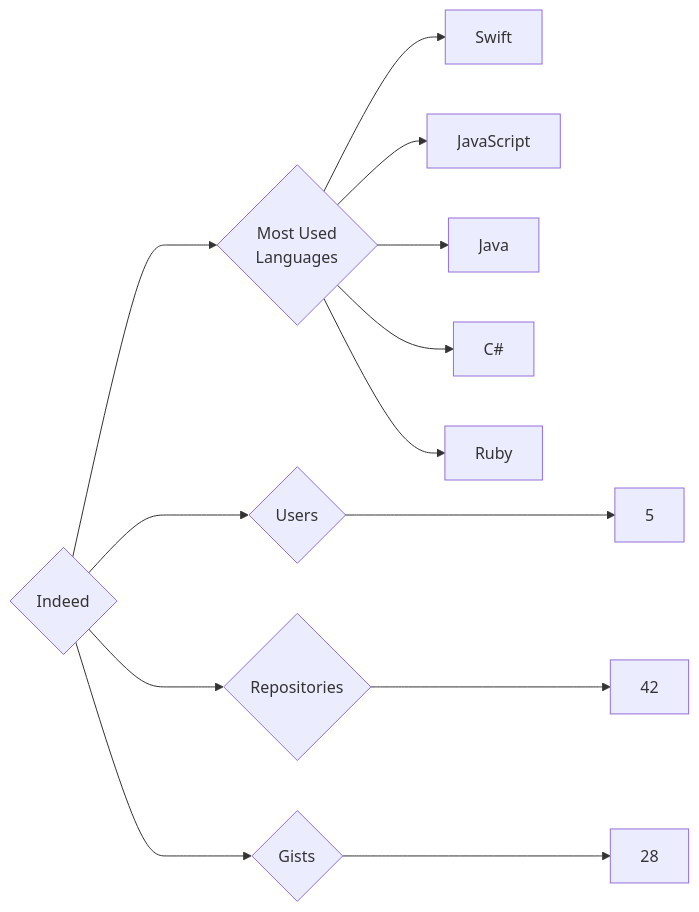
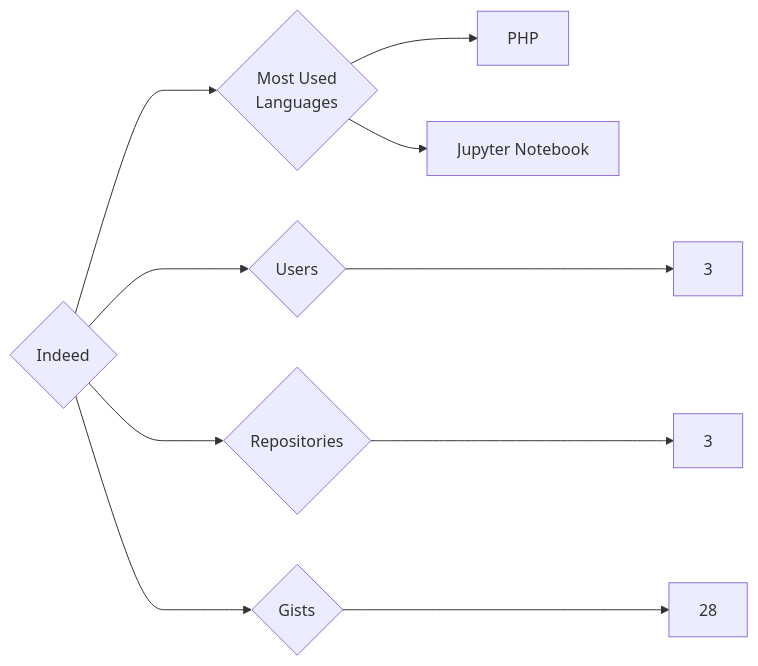
The diagram in targets/Indeed/README.md (trickest/insiders), drawn with Mermaid before and after one commit. The commit also changed 938 other files, not shown here.

````diff
--- a/targets/Indeed/README.md
+++ b/targets/Indeed/README.md
@@ -3,13 +3,10 @@
 ```mermaid
 graph LR
 COMPANY_NAME{Indeed}
-COMPANY_NAME ---> U{Users} ---> UN[5]
-COMPANY_NAME ---> R{Repositories} ---> RN[42]
+COMPANY_NAME ---> U{Users} ---> UN[3]
+COMPANY_NAME ---> R{Repositories} ---> RN[3]
 COMPANY_NAME ---> G{Gists} ---> GN[28]
 COMPANY_NAME ---> ML{Most Used<br>Languages}
-ML --> Swift[Swift]
-ML --> JavaScript[JavaScript]
-ML --> Java[Java]
-ML --> C#[C#]
-ML --> Ruby[Ruby]
+ML --> PHP[PHP]
+ML --> Jupyter_Notebook[Jupyter Notebook]
 ```
````
